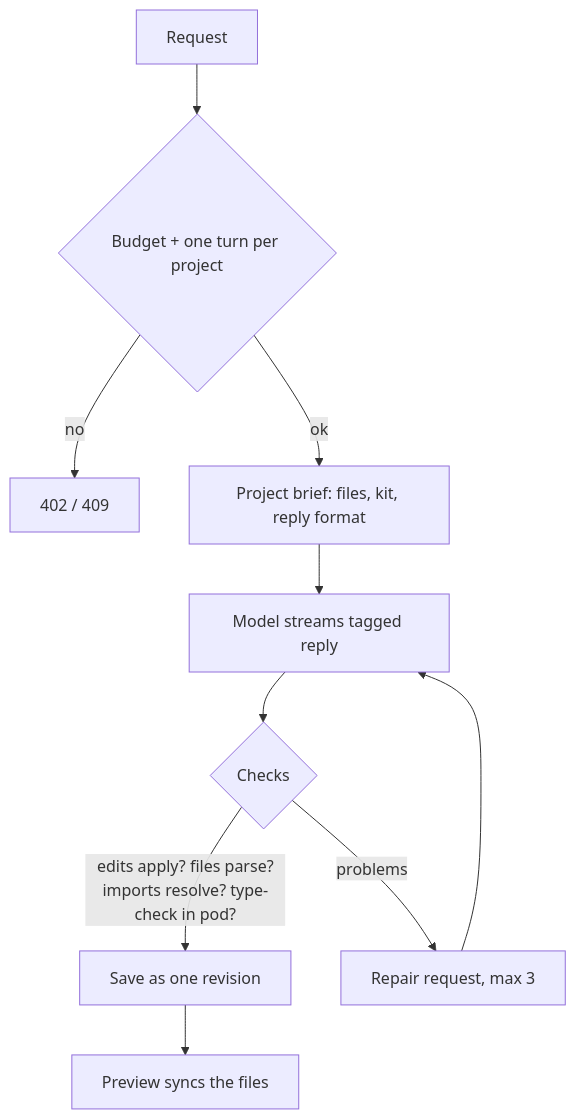
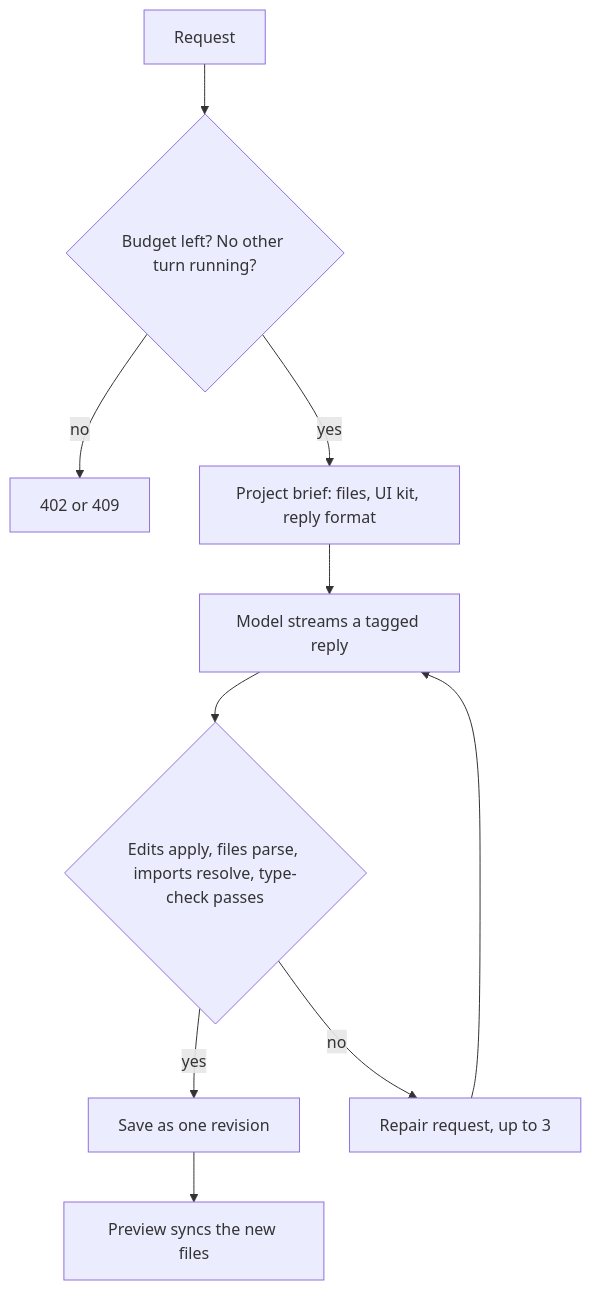
Before and after one commit to Divyanshu2805/singularity: the third of 6 diagrams in docs/architecture.md, drawn with Mermaid. The commit also changed other lines of this file and 8 other files, not shown here.

Commit message:
docs: fix mermaid diagrams and expand README

````diff
--- a/docs/architecture.md
+++ b/docs/architecture.md
@@ -71,12 +58,12 @@
 ```mermaid
 flowchart TD
-    Q[Request] --> R{Budget + one turn per project}
-    R -->|no| X[402 / 409]
-    R -->|ok| B[Project brief: files, kit, reply format]
-    B --> M[Model streams tagged reply]
-    M --> C{Checks}
-    C -->|edits apply? files parse?<br/>imports resolve? type-check in pod?| OK[Save as one revision]
-    C -->|problems| RP[Repair request, max 3]
+    Q["Request"] --> R{"Budget left? No other turn running?"}
+    R -- no --> X["402 or 409"]
+    R -- yes --> B["Project brief: files, UI kit, reply format"]
+    B --> M["Model streams a tagged reply"]
+    M --> C{"Edits apply, files parse, imports resolve, type-check passes"}
+    C -- yes --> OK["Save as one revision"]
+    C -- no --> RP["Repair request, up to 3"]
     RP --> M
-    OK --> P[Preview syncs the files]
+    OK --> P["Preview syncs the new files"]
 ```
````
